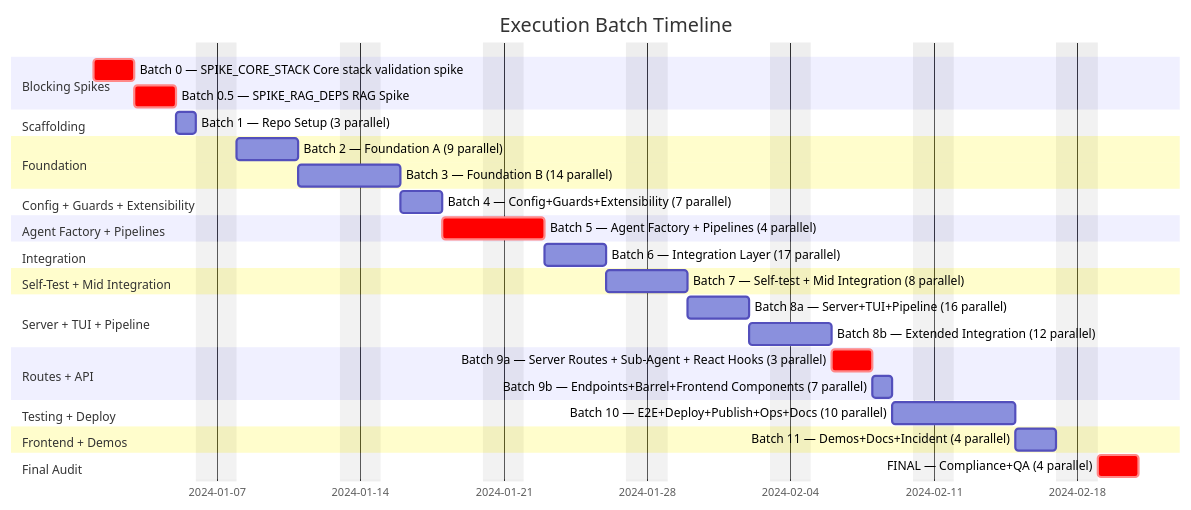
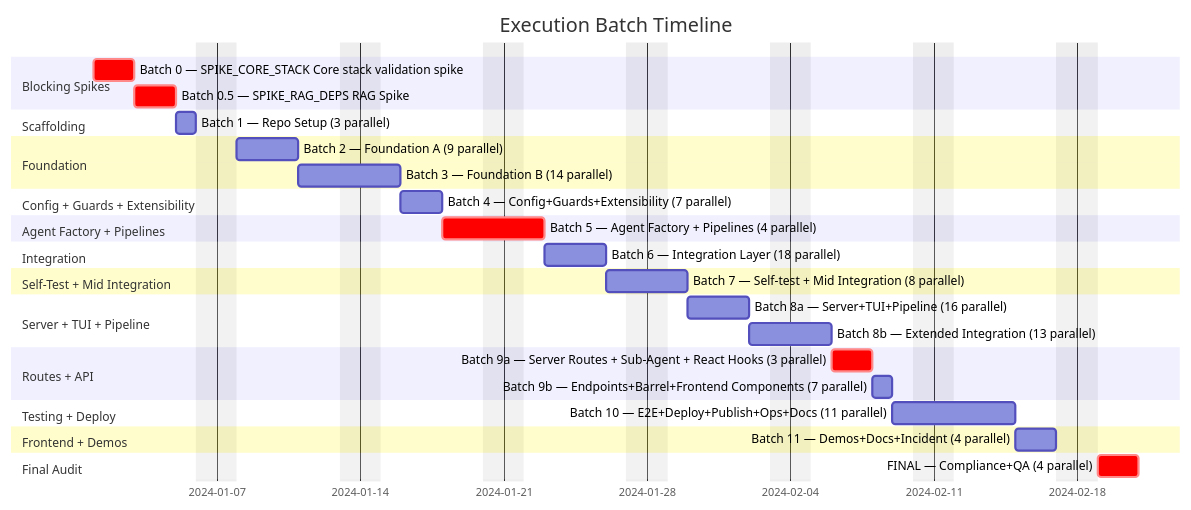
The first of 10 diagrams in plan/17-execution.md (1qh/safeagent), drawn with Mermaid before and after one commit. The commit also changed other lines of this file and 1 other file, not shown here.

````diff
--- a/plan/17-execution.md
+++ b/plan/17-execution.md
@@ -28,46 +28,46 @@
 ```mermaid
 gantt
     title Execution Batch Timeline
     dateFormat YYYY-MM-DD
     excludes weekends
 
     section Blocking Spikes
     Batch 0 — SPIKE_CORE_STACK Core stack validation spike          :crit, SPIKE_CORE_STACK_GATE, 2024-01-01, 2d
     Batch 0.5 — SPIKE_RAG_DEPS RAG Spike               :crit, SPIKE_RAG_DEPENDENCY_GATE, after SPIKE_CORE_STACK_GATE, 2d
 
     section Scaffolding
     Batch 1 — Repo Setup (3 parallel)           :SCAFFOLDING_BATCH, after SPIKE_RAG_DEPENDENCY_GATE, 1d
 
     section Foundation
     Batch 2 — Foundation A (9 parallel)          :FOUNDATION_A_BATCH, after SCAFFOLDING_BATCH, 3d
     Batch 3 — Foundation B (14 parallel)         :FOUNDATION_B_BATCH, after FOUNDATION_A_BATCH, 3d
 
     section Config + Guards + Extensibility
     Batch 4 — Config+Guards+Extensibility (7 parallel)         :CONFIG_GUARDS_BATCH, after FOUNDATION_B_BATCH, 2d
 
     section Agent Factory + Pipelines
     Batch 5 — Agent Factory + Pipelines (4 parallel)      :crit, AGENT_PIPELINE_BATCH, after CONFIG_GUARDS_BATCH, 3d
 
     section Integration
-    Batch 6 — Integration Layer (17 parallel)    :INTEGRATION_BATCH, after AGENT_PIPELINE_BATCH, 3d
+    Batch 6 — Integration Layer (18 parallel)    :INTEGRATION_BATCH, after AGENT_PIPELINE_BATCH, 3d
 
     section Self-Test + Mid Integration
     Batch 7 — Self-test + Mid Integration (8 parallel):SELFTEST_MIDINTEGRATION_BATCH, after INTEGRATION_BATCH, 2d
 
     section Server + TUI + Pipeline
     Batch 8a — Server+TUI+Pipeline (16 parallel) :SERVER_TUI_PIPELINE_BATCH, after SELFTEST_MIDINTEGRATION_BATCH, 3d
-    Batch 8b — Extended Integration (12 parallel) :EXTENDED_INTEGRATION_BATCH, after SERVER_TUI_PIPELINE_BATCH, 2d
+    Batch 8b — Extended Integration (13 parallel) :EXTENDED_INTEGRATION_BATCH, after SERVER_TUI_PIPELINE_BATCH, 2d
 
     section Routes + API
     Batch 9a — Server Routes + Sub-Agent + React Hooks (3 parallel)      :crit, SERVER_ROUTES_SUBAGENT_BATCH, after EXTENDED_INTEGRATION_BATCH, 2d
     Batch 9b — Endpoints+Barrel+Frontend Components (7 parallel)     :ENDPOINTS_BARREL_BATCH, after SERVER_ROUTES_SUBAGENT_BATCH, 1d
 
     section Testing + Deploy
-    Batch 10 — E2E+Deploy+Publish+Ops+Docs (10 parallel)   :E2E_DEPLOY_BATCH, after ENDPOINTS_BARREL_BATCH, 4d
+    Batch 10 — E2E+Deploy+Publish+Ops+Docs (11 parallel)   :E2E_DEPLOY_BATCH, after ENDPOINTS_BARREL_BATCH, 4d
 
     section Frontend + Demos
     Batch 11 — Demos+Docs+Incident (4 parallel)              :FRONTEND_DEMOS_BATCH, after E2E_DEPLOY_BATCH, 2d
 
     section Final Audit
     FINAL — Compliance+QA (4 parallel)          :crit, FINAL_AUDIT_BATCH, after FRONTEND_DEMOS_BATCH, 2d
 ```
````
